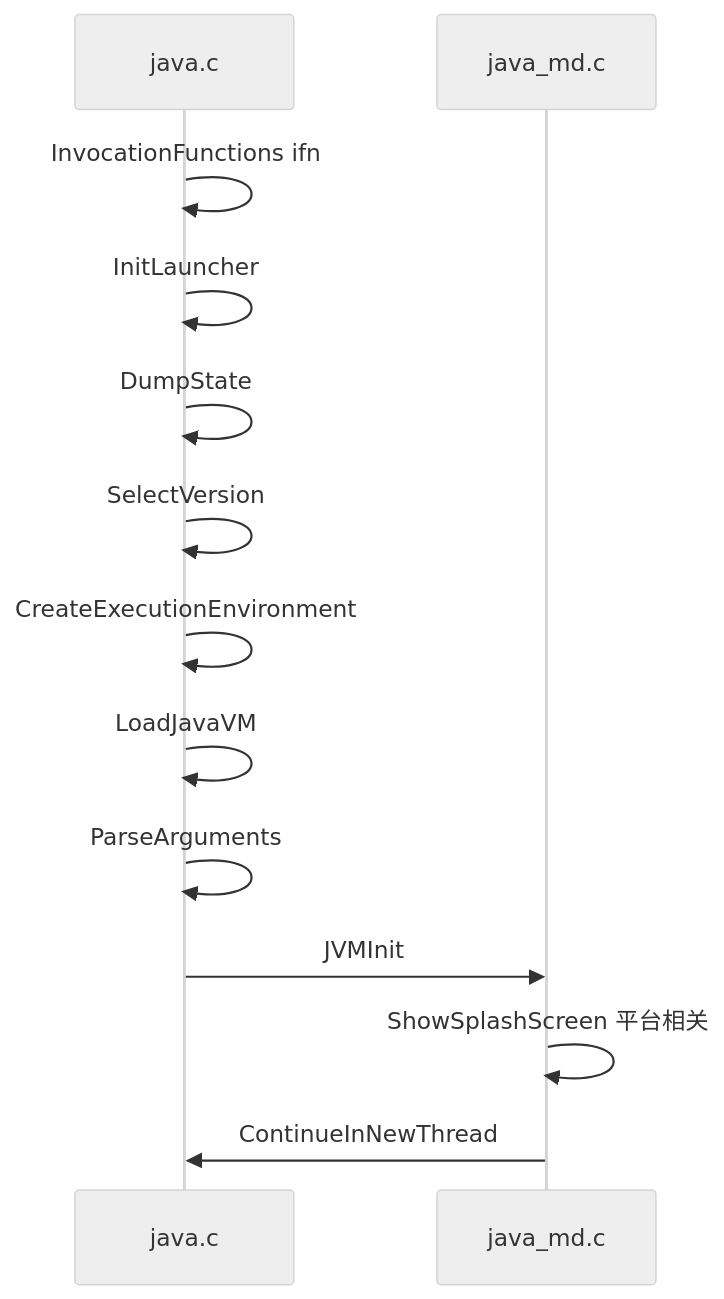
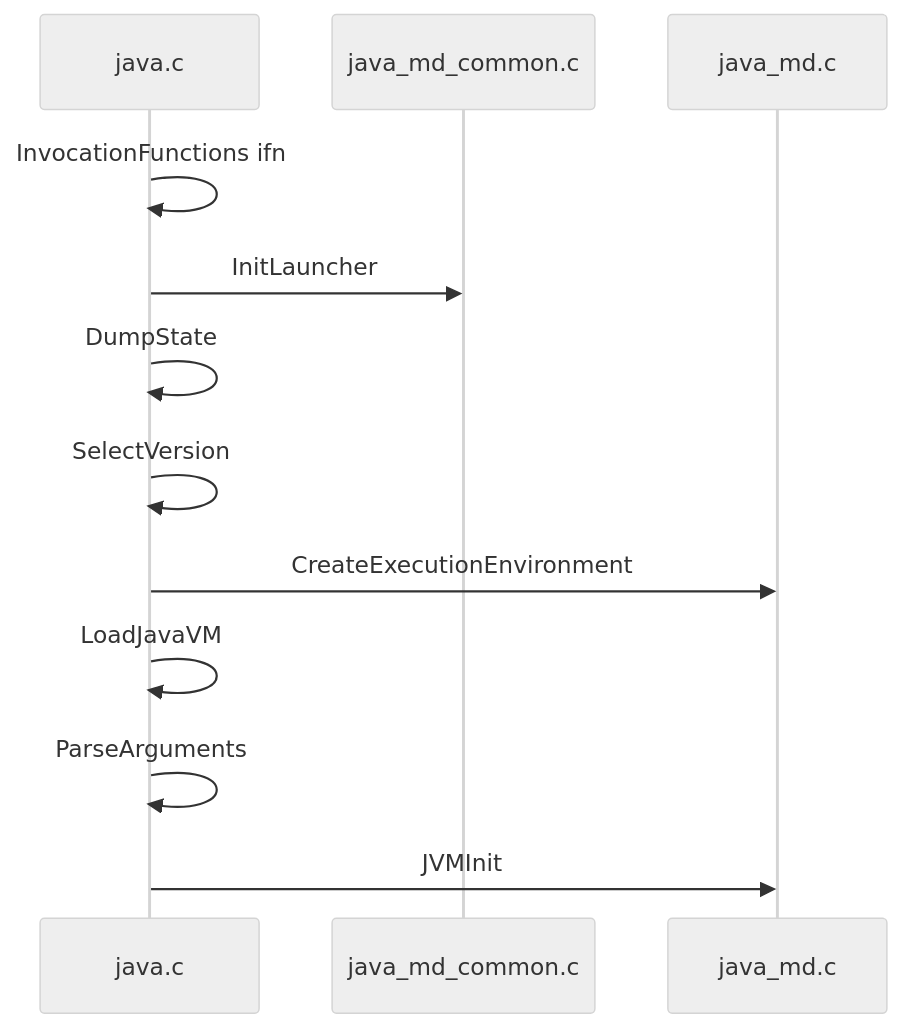
Before and after one commit to Xianzhan/jdk: the second of 2 diagrams in src/java.base/share/native/launcher/readme.md, drawn with Mermaid (neutral theme). The commit also changed other lines of this file, not shown here.

````diff
--- a/src/java.base/share/native/launcher/readme.md
+++ b/src/java.base/share/native/launcher/readme.md
@@ -35,16 +33,15 @@
 ```mermaid
 sequenceDiagram
     participant java.c
+    participant java_md_common.c
     participant java_md.c
 
     java.c->>java.c: InvocationFunctions ifn
-    java.c->>java.c: InitLauncher
+    java.c->>java_md_common.c: InitLauncher
     java.c->>java.c: DumpState
     java.c->>java.c: SelectVersion
-    java.c->>java.c: CreateExecutionEnvironment
+    java.c->>java_md.c: CreateExecutionEnvironment
     java.c->>java.c: LoadJavaVM
     java.c->>java.c: ParseArguments
     java.c->>java_md.c: JVMInit
-    java_md.c->>java_md.c: ShowSplashScreen 平台相关
-    java_md.c->>java.c: ContinueInNewThread
 ```
````
